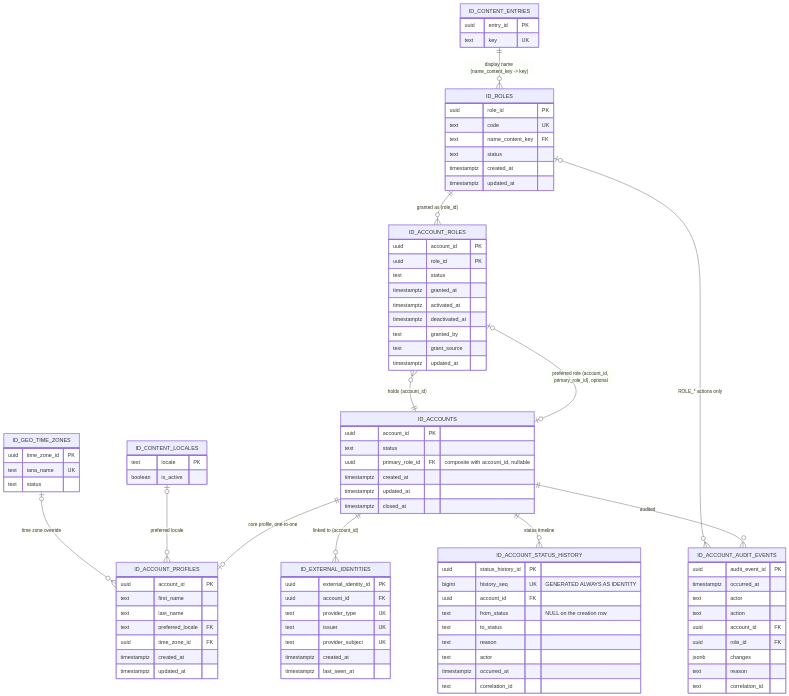
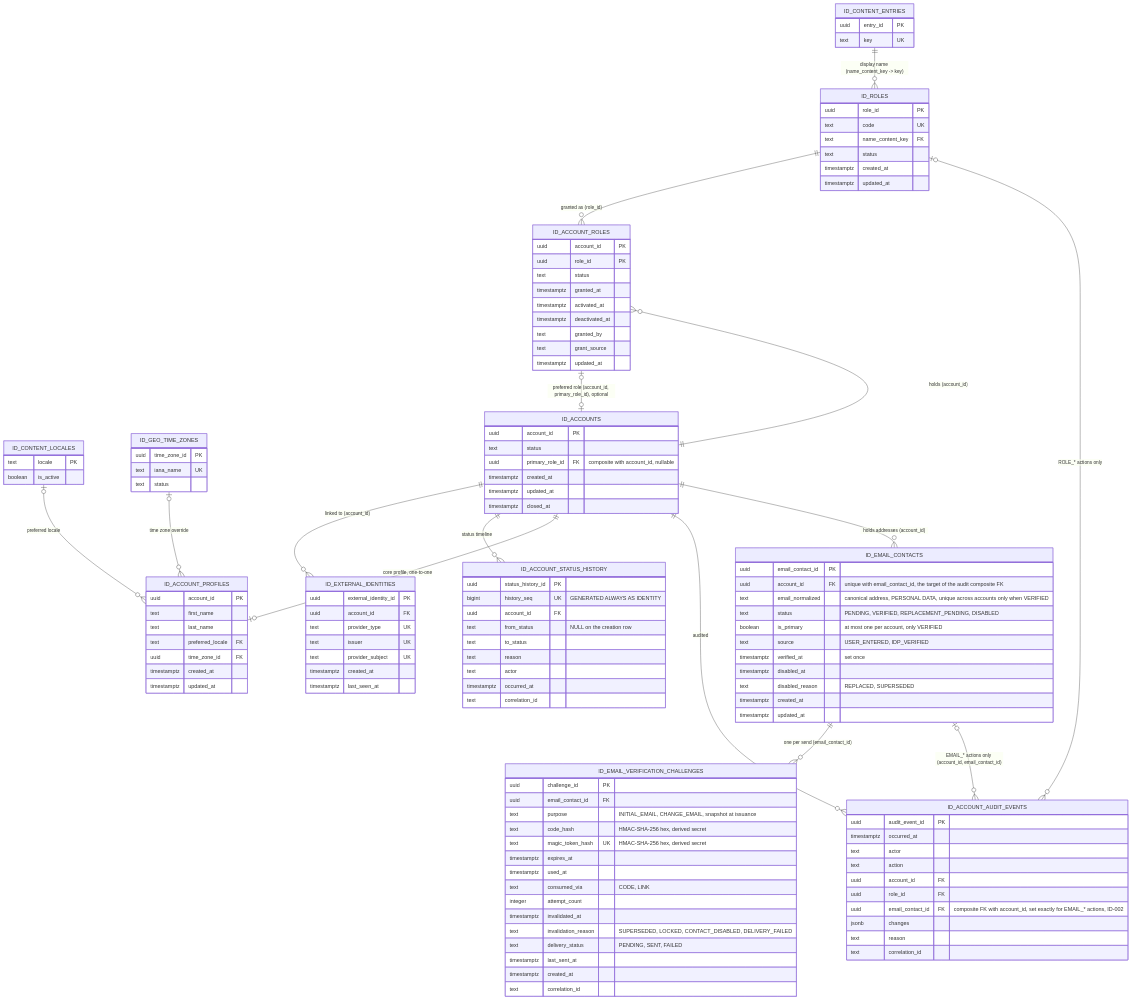
The fourth of 4 diagrams in docs/data/ERD.md (dukm20/bananagig.com), drawn with Mermaid before and after one commit. The commit also changed other lines of this file and 84 other files, not shown here.

Commit message:
feat(ID-002): add email contact and verification with code, magic link and reusable rate limiting

````diff
--- a/docs/data/ERD.md
+++ b/docs/data/ERD.md
@@ -449,8 +449,39 @@
     text action
     uuid account_id FK
     uuid role_id FK
+    uuid email_contact_id FK "composite FK with account_id, set exactly for EMAIL_* actions, ID-002"
     jsonb changes
     text reason
+    text correlation_id
+  }
+  ID_EMAIL_CONTACTS {
+    uuid email_contact_id PK
+    uuid account_id FK "unique with email_contact_id, the target of the audit composite FK"
+    text email_normalized "canonical address, PERSONAL DATA, unique across accounts only when VERIFIED"
+    text status "PENDING, VERIFIED, REPLACEMENT_PENDING, DISABLED"
+    boolean is_primary "at most one per account, only VERIFIED"
+    text source "USER_ENTERED, IDP_VERIFIED"
+    timestamptz verified_at "set once"
+    timestamptz disabled_at
+    text disabled_reason "REPLACED, SUPERSEDED"
+    timestamptz created_at
+    timestamptz updated_at
+  }
+  ID_EMAIL_VERIFICATION_CHALLENGES {
+    uuid challenge_id PK
+    uuid email_contact_id FK
+    text purpose "INITIAL_EMAIL, CHANGE_EMAIL, snapshot at issuance"
+    text code_hash "HMAC-SHA-256 hex, derived secret"
+    text magic_token_hash UK "HMAC-SHA-256 hex, derived secret"
+    timestamptz expires_at
+    timestamptz used_at
+    text consumed_via "CODE, LINK"
+    integer attempt_count
+    timestamptz invalidated_at
+    text invalidation_reason "SUPERSEDED, LOCKED, CONTACT_DISABLED, DELIVERY_FAILED"
+    text delivery_status "PENDING, SENT, FAILED"
+    timestamptz last_sent_at
+    timestamptz created_at
     text correlation_id
   }
   ID_CONTENT_ENTRIES ||--o{ ID_ROLES : "display name (name_content_key -> key)"
@@ -464,4 +495,7 @@
   ID_GEO_TIME_ZONES |o--o{ ID_ACCOUNT_PROFILES : "time zone override"
   ID_ACCOUNTS ||--o{ ID_ACCOUNT_AUDIT_EVENTS : "audited"
   ID_ROLES |o--o{ ID_ACCOUNT_AUDIT_EVENTS : "ROLE_* actions only"
+  ID_ACCOUNTS ||--o{ ID_EMAIL_CONTACTS : "holds addresses (account_id)"
+  ID_EMAIL_CONTACTS ||--o{ ID_EMAIL_VERIFICATION_CHALLENGES : "one per send (email_contact_id)"
+  ID_EMAIL_CONTACTS |o--o{ ID_ACCOUNT_AUDIT_EVENTS : "EMAIL_* actions only (account_id, email_contact_id)"
 ```
````
